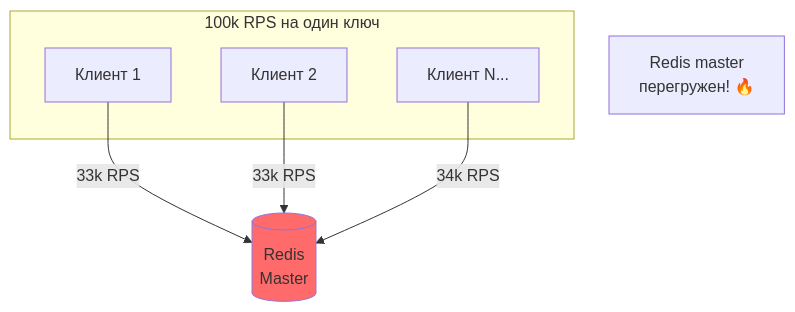
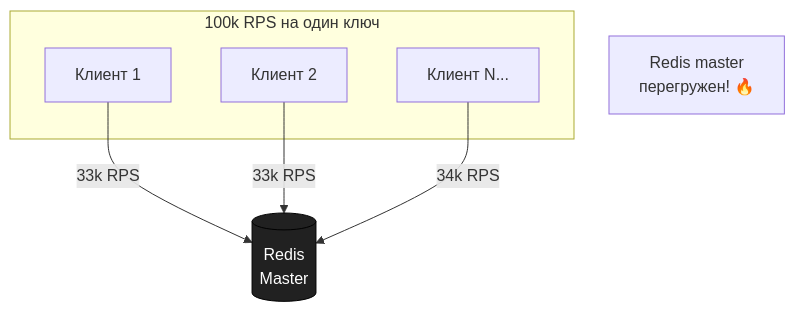
Diagram 14 of 19 in cache/readme.md (savinmikhail/advanced-system-design), drawn with Mermaid before and after one commit. The commit also changed other lines of this file, not shown here.

Commit message:
вырвиглазный контраст схем, нечитаемый текст часто, редис можно квадратиками рисовать

````diff
--- a/cache/readme.md
+++ b/cache/readme.md
@@ -1052,18 +1059,19 @@
 ```mermaid
 graph TB
     subgraph "100k RPS на один ключ"
         Client1[Клиент 1]
         Client2[Клиент 2]
         ClientN[Клиент N...]
     end
     
     Redis[(Redis<br/>Master)]
     
     Client1 -->|33k RPS| Redis
     Client2 -->|33k RPS| Redis
     ClientN -->|34k RPS| Redis
-    
-    style Redis fill:#ff6b6b
-    
+
+    classDef cacheHot fill:#212121,stroke:#000000,color:#ffffff;
+    class Redis cacheHot;
+
     Note[Redis master<br/>перегружен! 🔥]
 ```
````
